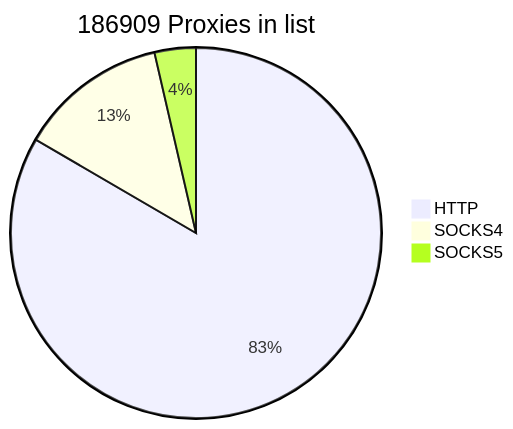
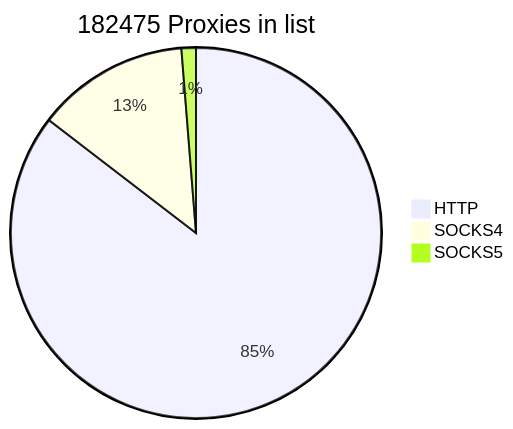
Before and after one commit to cutipu/proxylist: the first of 2 diagrams in README.md, drawn with Mermaid. The commit also changed other lines of this file, not shown here.

````diff
--- a/README.md
+++ b/README.md
@@ -2,7 +2,7 @@
 ```mermaid
-pie title 186909 Proxies in list
-    "HTTP" : 155872
-    "SOCKS4" : 24302
-    "SOCKS5" : 6735
+pie title 182475 Proxies in list
+    "HTTP" : 155870
+    "SOCKS4" : 24303
+    "SOCKS5" : 2302
             
 ```
````
